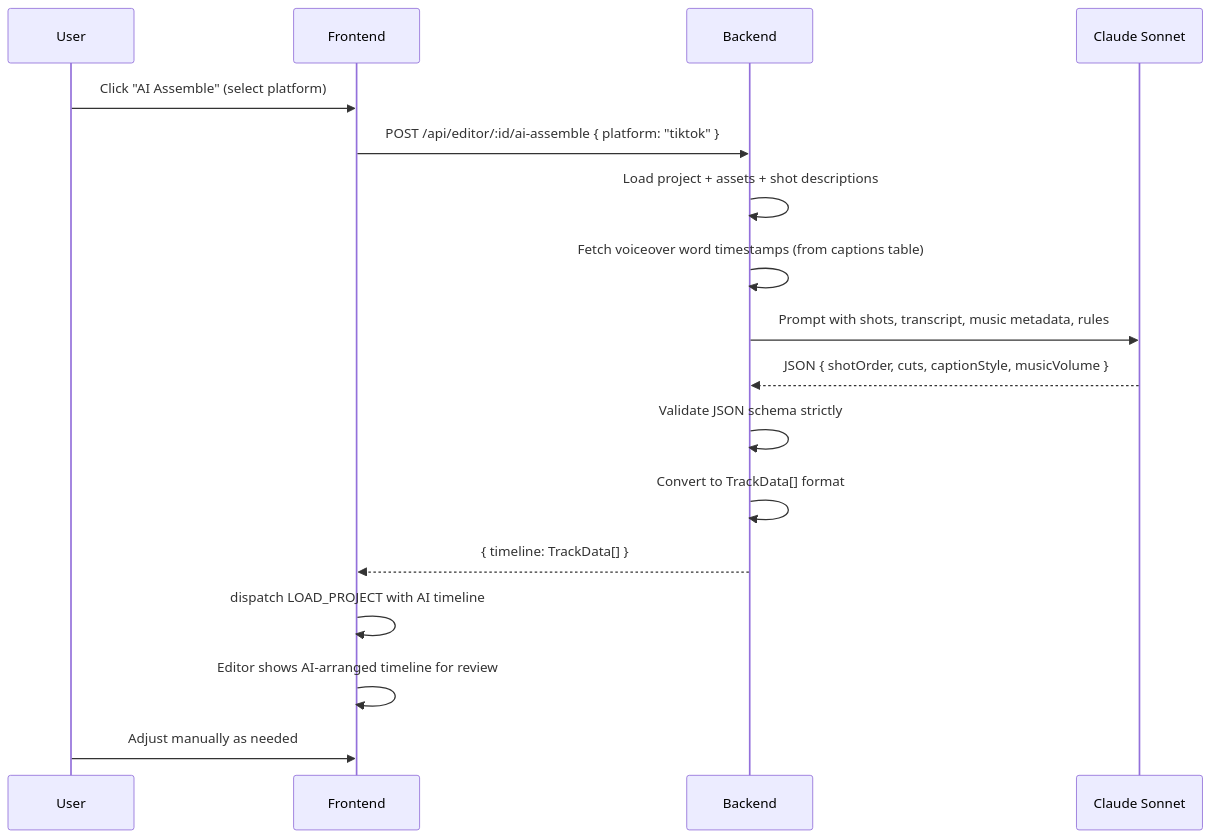
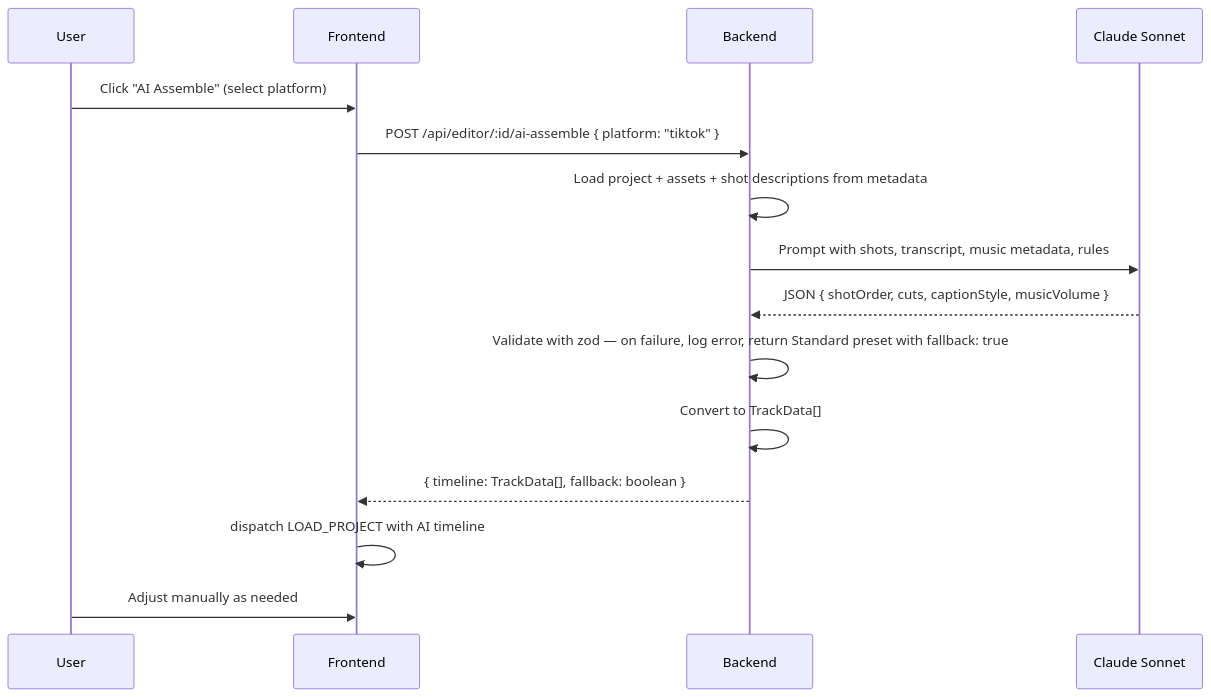
One commit to KennethAtchon/ContentAI changed the second of 2 diagrams in docs/editor-studio/architecture/05-assembly-system-hld-lld.md. Above: the diagram before and after it, drawn with Mermaid. The commit also changed other lines of this file and 26 other files, not shown here.

First line of the commit message:
feat: Enhance Docker scripts and database schema for improved project management and infrastructure setup

````diff
--- a/docs/editor-studio/architecture/05-assembly-system-hld-lld.md
+++ b/docs/editor-studio/architecture/05-assembly-system-hld-lld.md
@@ -50,20 +50,18 @@
 ```mermaid
 sequenceDiagram
     participant U as User
     participant FE as Frontend
     participant BE as Backend
     participant CL as Claude Sonnet
 
     U->>FE: Click "AI Assemble" (select platform)
     FE->>BE: POST /api/editor/:id/ai-assemble { platform: "tiktok" }
-    BE->>BE: Load project + assets + shot descriptions
-    BE->>BE: Fetch voiceover word timestamps (from captions table)
+    BE->>BE: Load project + assets + shot descriptions from metadata
     BE->>CL: Prompt with shots, transcript, music metadata, rules
     CL-->>BE: JSON { shotOrder, cuts, captionStyle, musicVolume }
-    BE->>BE: Validate JSON schema strictly
-    BE->>BE: Convert to TrackData[] format
-    BE-->>FE: { timeline: TrackData[] }
+    BE->>BE: Validate with zod — on failure, log error, return Standard preset with fallback: true
+    BE->>BE: Convert to TrackData[]
+    BE-->>FE: { timeline: TrackData[], fallback: boolean }
     FE->>FE: dispatch LOAD_PROJECT with AI timeline
-    FE->>FE: Editor shows AI-arranged timeline for review
     U->>FE: Adjust manually as needed
 ```
````
